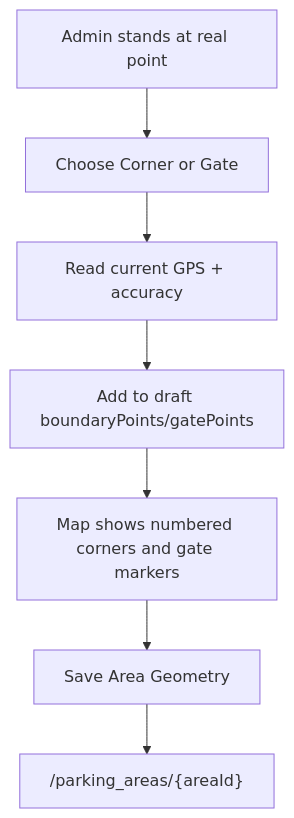
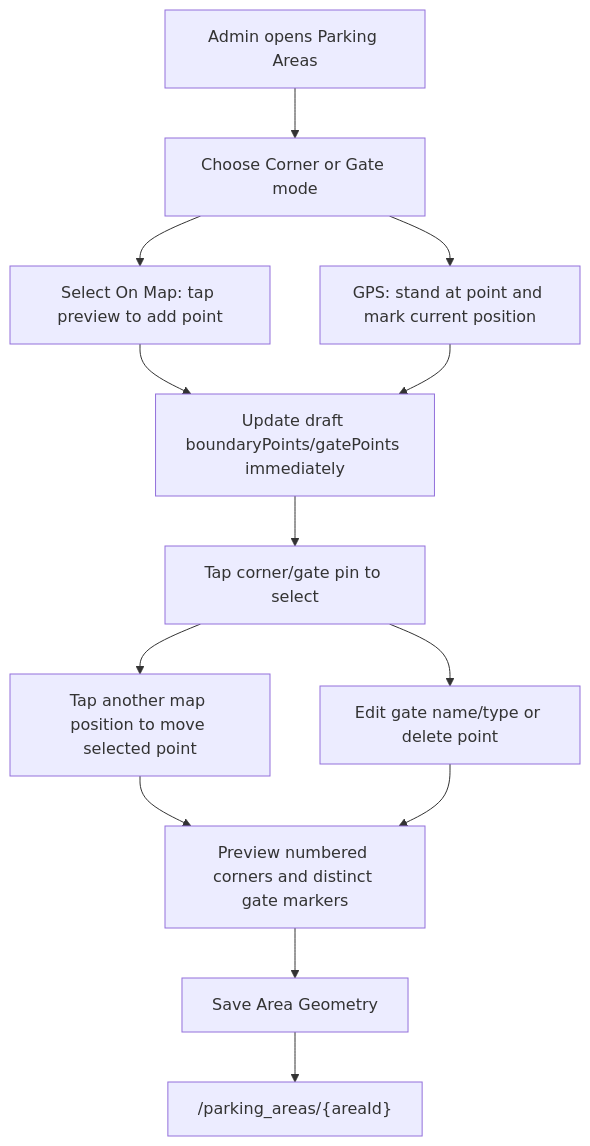
Before and after one commit to snehil-pandey/smart-parking-occupancy-system: diagram 12 of 15 in docs/ARCHITECTURE.md, drawn with Mermaid. The commit also changed other lines of this file and 7 other files, not shown here.

Commit message:
fix(admin-ui): repair layouts and add proper map geometry editing

````diff
--- a/docs/ARCHITECTURE.md
+++ b/docs/ARCHITECTURE.md
@@ -226,9 +226,15 @@
 ```mermaid
 flowchart TD
-  Admin["Admin stands at real point"] --> Mode["Choose Corner or Gate"]
-  Mode --> GPS["Read current GPS + accuracy"]
-  GPS --> Draft["Add to draft boundaryPoints/gatePoints"]
-  Draft --> Review["Map shows numbered corners and gate markers"]
+  Admin["Admin opens Parking Areas"] --> Mode["Choose Corner or Gate mode"]
+  Mode --> Tap["Select On Map: tap preview to add point"]
+  Mode --> GPS["GPS: stand at point and mark current position"]
+  Tap --> Draft["Update draft boundaryPoints/gatePoints immediately"]
+  GPS --> Draft
+  Draft --> Select["Tap corner/gate pin to select"]
+  Select --> Move["Tap another map position to move selected point"]
+  Select --> EditGate["Edit gate name/type or delete point"]
+  Move --> Review["Preview numbered corners and distinct gate markers"]
+  EditGate --> Review
   Review --> Save["Save Area Geometry"]
   Save --> Firestore["/parking_areas/{areaId}"]
 ```
````
